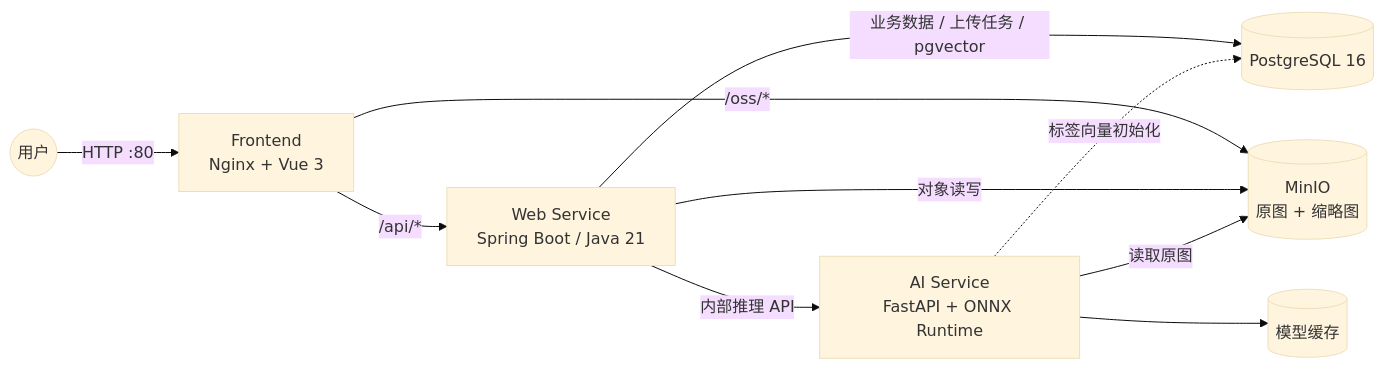
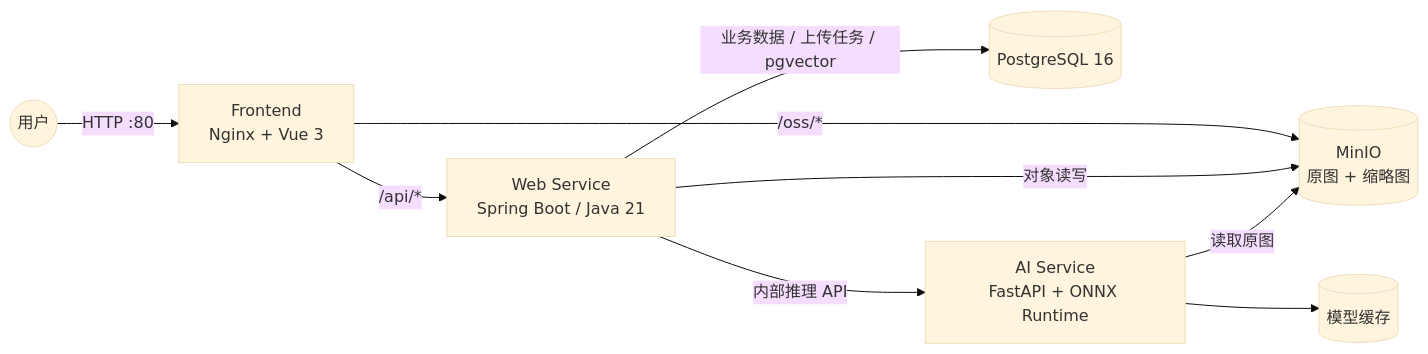
One commit to tamakara/bakabooru changed the diagram in README.md. Above: the diagram before and after it, drawn with Mermaid (base theme). The commit also changed other lines of this file and 73 other files, not shown here.

````diff
--- a/README.md
+++ b/README.md
@@ -22,13 +22,12 @@
 ```mermaid
 flowchart LR
     User(("用户")) -->|"HTTP :80"| Front["Frontend<br/>Nginx + Vue 3"]
     Front -->|"/api/*"| Web["Web Service<br/>Spring Boot / Java 21"]
     Front -->|"/oss/*"| MinIO[("MinIO<br/>原图 + 缩略图")]
 
     Web -->|"业务数据 / 上传任务 / pgvector"| PG[("PostgreSQL 16")]
     Web -->|"对象读写"| MinIO
     Web -->|"内部推理 API"| AI["AI Service<br/>FastAPI + ONNX Runtime"]
     AI -->|"读取原图"| MinIO
     AI --> Cache[("模型缓存")]
-    AI -.->|"标签向量初始化"| PG
 ```
````
